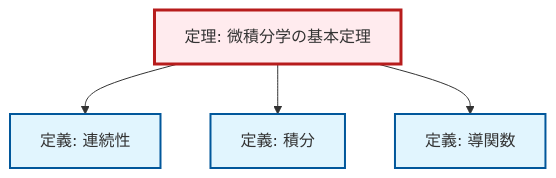
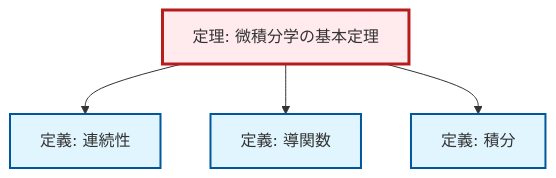
The diagram in content/ja/analysis/thm-fundamental-calculus.qmd (RK0429/ModernMath), drawn with Mermaid before and after one commit. The commit also changed other lines of this file and 328 other files, not shown here.

````diff
--- a/content/ja/analysis/thm-fundamental-calculus.qmd
+++ b/content/ja/analysis/thm-fundamental-calculus.qmd
@@ -142,20 +142,20 @@
 ```{mermaid}
 %%| fig-cap: "ローカル依存関係グラフ"
 graph TD
     classDef definition fill:#e1f5fe,stroke:#01579b,stroke-width:2px
     classDef theorem fill:#f3e5f5,stroke:#4a148c,stroke-width:2px
     classDef axiom fill:#fff3e0,stroke:#e65100,stroke-width:2px
     classDef example fill:#e8f5e9,stroke:#1b5e20,stroke-width:2px
     classDef current fill:#ffebee,stroke:#b71c1c,stroke-width:3px
+    def-derivative["定義: 導関数"]:::definition
+    def-integral["定義: 積分"]:::definition
     thm-fundamental-calculus["定理: 微積分学の基本定理"]:::theorem
     def-continuity["定義: 連続性"]:::definition
-    def-integral["定義: 積分"]:::definition
-    def-derivative["定義: 導関数"]:::definition
     thm-fundamental-calculus --> def-continuity
+    thm-fundamental-calculus --> def-derivative
     thm-fundamental-calculus --> def-integral
-    thm-fundamental-calculus --> def-derivative
     class thm-fundamental-calculus current
+    click def-derivative "def-derivative.html" "導関数の定義へ"
+    click def-integral "def-integral.html" "積分の定義へ"
     click def-continuity "def-continuity.html" "連続性の定義へ"
-    click def-integral "def-integral.html" "積分の定義へ"
-    click def-derivative "def-derivative.html" "導関数の定義へ"
 ```
````
